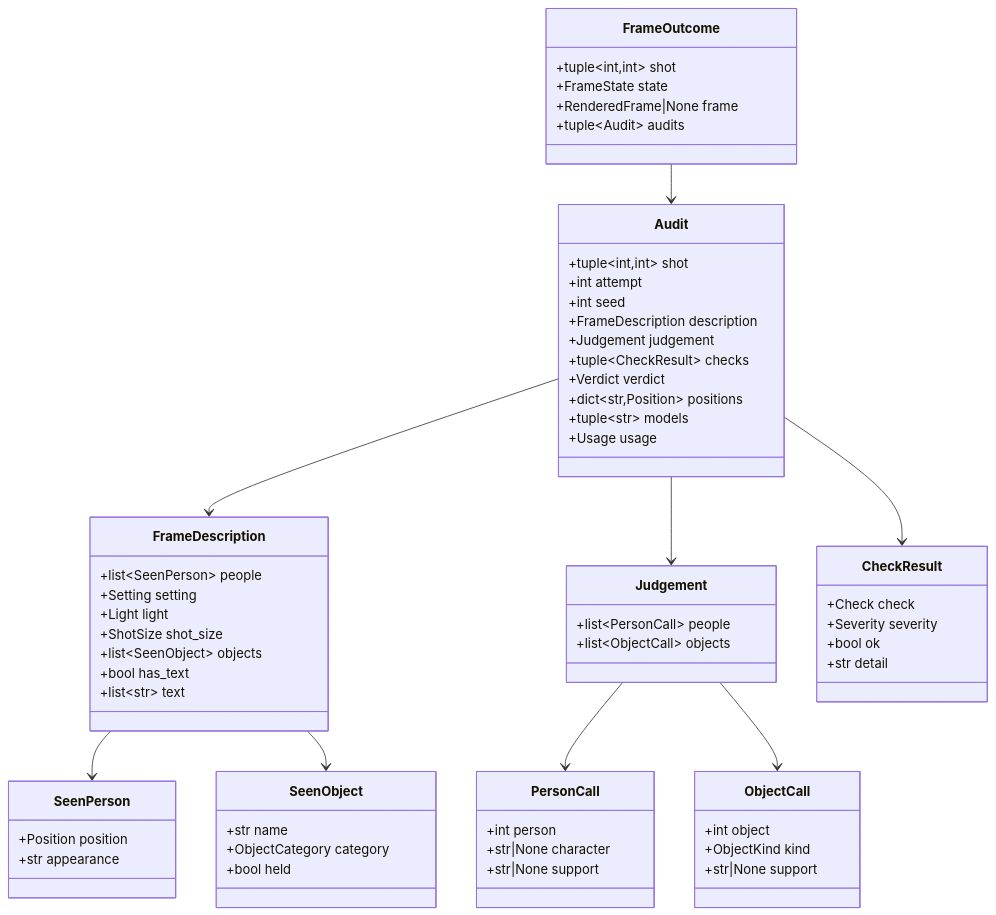
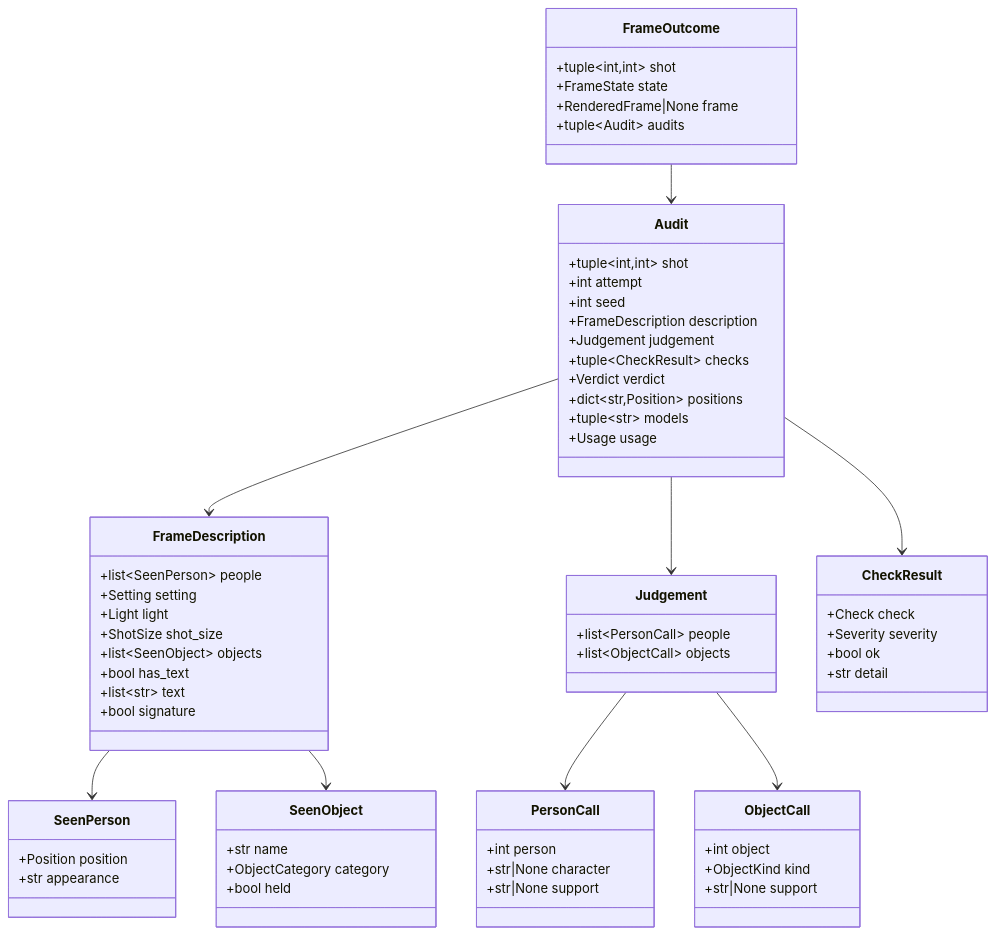
One commit to Katlego-tech/Panelwise changed the first of 3 diagrams in docs/design/verify.md. Above: the diagram before and after it, drawn with Mermaid. The commit also changed other lines of this file and 3 other files, not shown here.

````diff
--- a/docs/design/verify.md
+++ b/docs/design/verify.md
@@ -30,67 +30,68 @@
 ```mermaid
 classDiagram
     class FrameDescription {
         +list~SeenPerson~ people
         +Setting setting
         +Light light
         +ShotSize shot_size
         +list~SeenObject~ objects
         +bool has_text
         +list~str~ text
+        +bool signature
     }
     class SeenObject {
         +str name
         +ObjectCategory category
         +bool held
     }
     class SeenPerson {
         +Position position
         +str appearance
     }
     class Judgement {
         +list~PersonCall~ people
         +list~ObjectCall~ objects
     }
     class PersonCall {
         +int person
         +str|None character
         +str|None support
     }
     class ObjectCall {
         +int object
         +ObjectKind kind
         +str|None support
     }
     class CheckResult {
         +Check check
         +Severity severity
         +bool ok
         +str detail
     }
     class Audit {
         +tuple~int,int~ shot
         +int attempt
         +int seed
         +FrameDescription description
         +Judgement judgement
         +tuple~CheckResult~ checks
         +Verdict verdict
         +dict~str,Position~ positions
         +tuple~str~ models
         +Usage usage
     }
     class FrameOutcome {
         +tuple~int,int~ shot
         +FrameState state
         +RenderedFrame|None frame
         +tuple~Audit~ audits
     }
     FrameDescription --> SeenPerson
     FrameDescription --> SeenObject
     Judgement --> PersonCall
     Judgement --> ObjectCall
     Audit --> FrameDescription
     Audit --> Judgement
     Audit --> CheckResult
     FrameOutcome --> Audit
 ```
````
